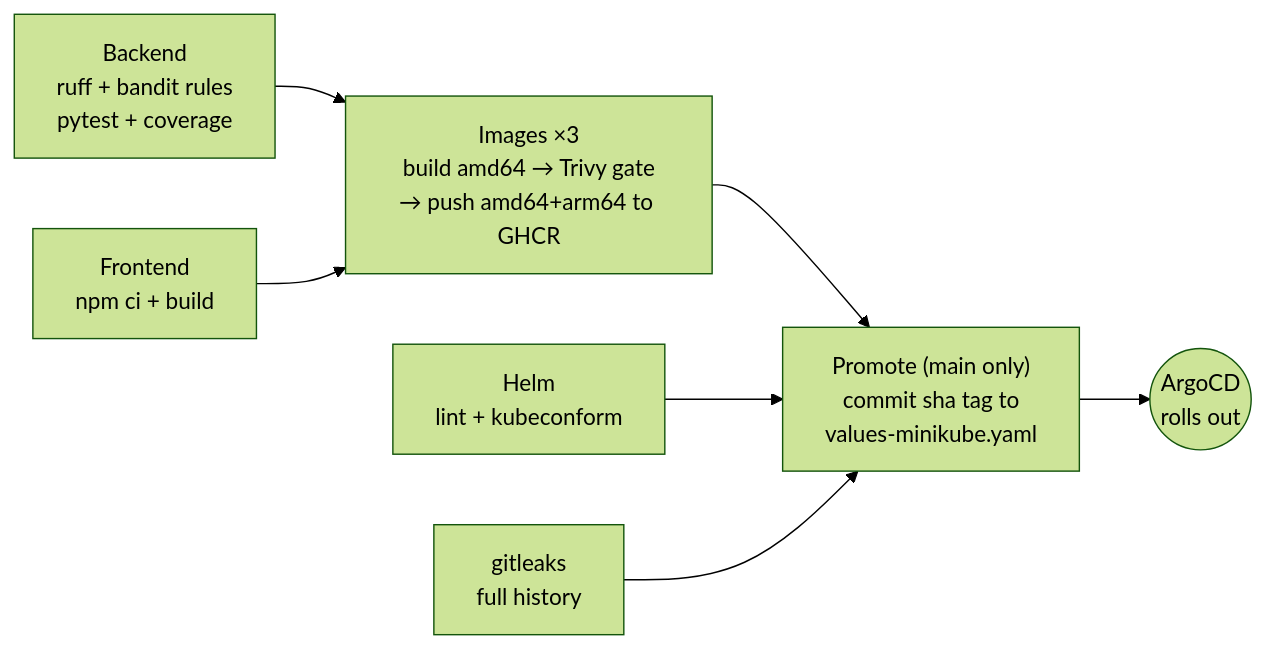
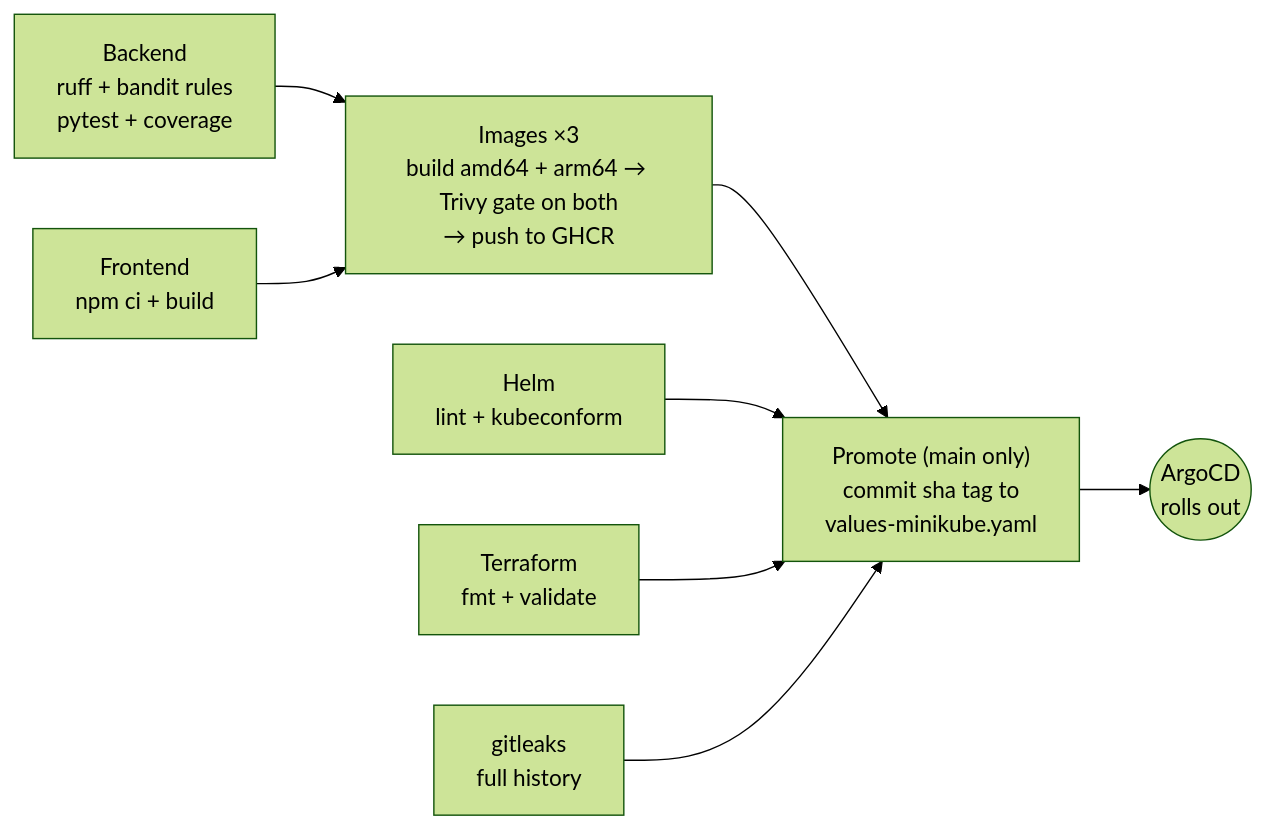
Before and after one commit to arnav-yadav/argus: the second of 2 diagrams in README.md, drawn with Mermaid (forest theme). The commit also changed other lines of this file and 2 other files, not shown here.

````diff
--- a/README.md
+++ b/README.md
@@ -182,9 +183,10 @@
 ```mermaid
 flowchart LR
     be[Backend<br/>ruff + bandit rules<br/>pytest + coverage] --> img
     fe[Frontend<br/>npm ci + build] --> img
-    img["Images ×3<br/>build amd64 → Trivy gate<br/>→ push amd64+arm64 to GHCR"] --> promote
+    img["Images ×3<br/>build amd64 + arm64 → Trivy gate on both<br/>→ push to GHCR"] --> promote
     helm[Helm<br/>lint + kubeconform] --> promote
+    tf[Terraform<br/>fmt + validate] --> promote
     sec[gitleaks<br/>full history] --> promote
     promote["Promote (main only)<br/>commit sha tag to<br/>values-minikube.yaml"] --> argo((ArgoCD<br/>rolls out))
 ```
````
